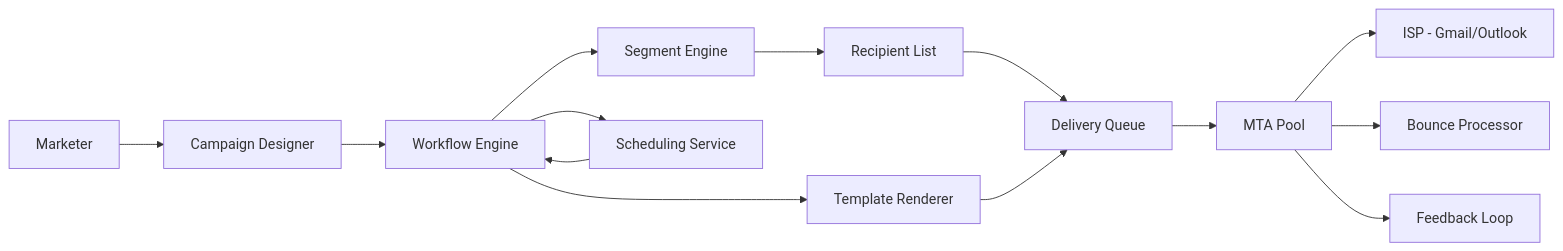
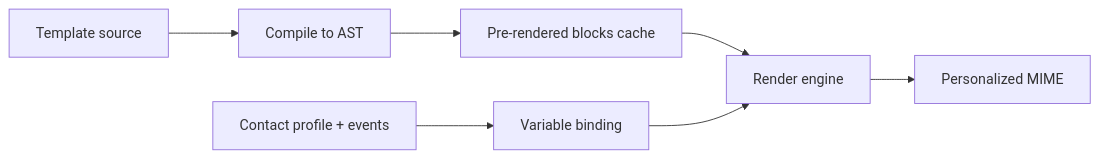
Before and after one commit to abhishekghoshh/system-design-helper: the fourth of 17 diagrams in docs/system-design/high-level/designing/advanced/email-automation-platform.md, drawn with Mermaid. The commit also changed other lines of this file and 107 other files, not shown here.

````diff
--- a/docs/system-design/high-level/designing/advanced/email-automation-platform.md
+++ b/docs/system-design/high-level/designing/advanced/email-automation-platform.md
@@ -249,16 +391,9 @@
 ```mermaid
-graph LR
-  A[Marketer] --> B[Campaign Designer]
-  B --> C[Workflow Engine]
-  C --> D[Segment Engine]
-  C --> E[Template Renderer]
-  D --> F[Recipient List]
-  F --> G[Delivery Queue]
-  E --> G
-  G --> H[MTA Pool]
-  H --> I[ISP - Gmail/Outlook]
-  H --> J[Bounce Processor]
-  H --> K[Feedback Loop]
-  C --> L[Scheduling Service]
-  L --> C
+flowchart LR
+    SRC[Template source] --> PARSE[Compile to AST]
+    PARSE --> PRE[Pre-rendered blocks cache]
+    CONT[Contact profile + events] --> BIND[Variable binding]
+    PRE --> RENDER[Render engine]
+    BIND --> RENDER
+    RENDER --> OUT[Personalized MIME]
 ```
````
